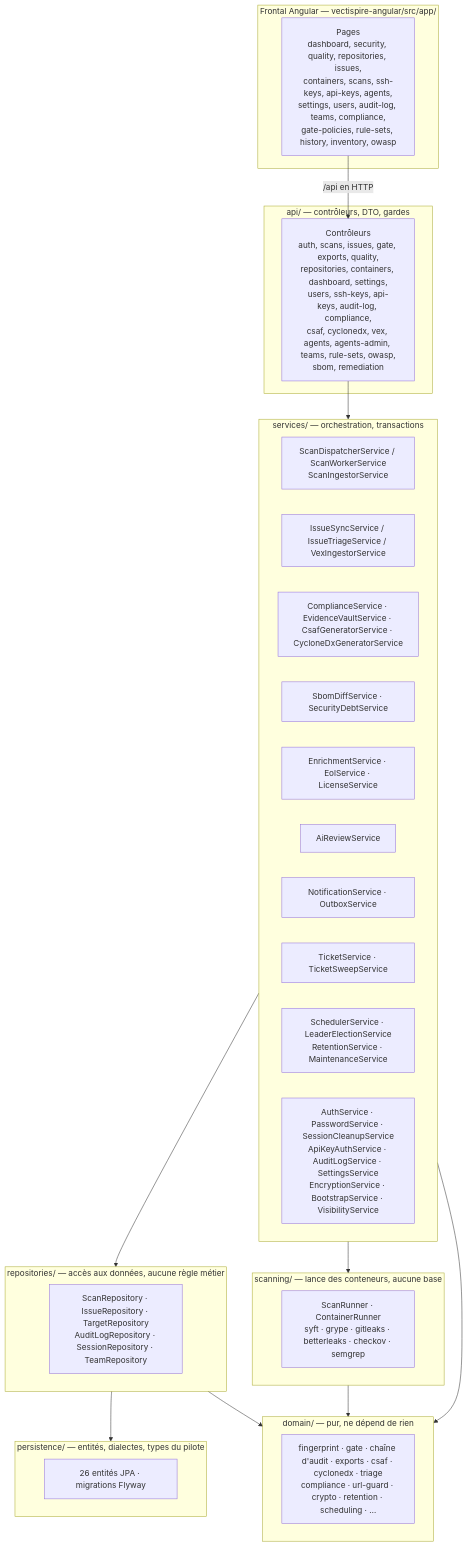
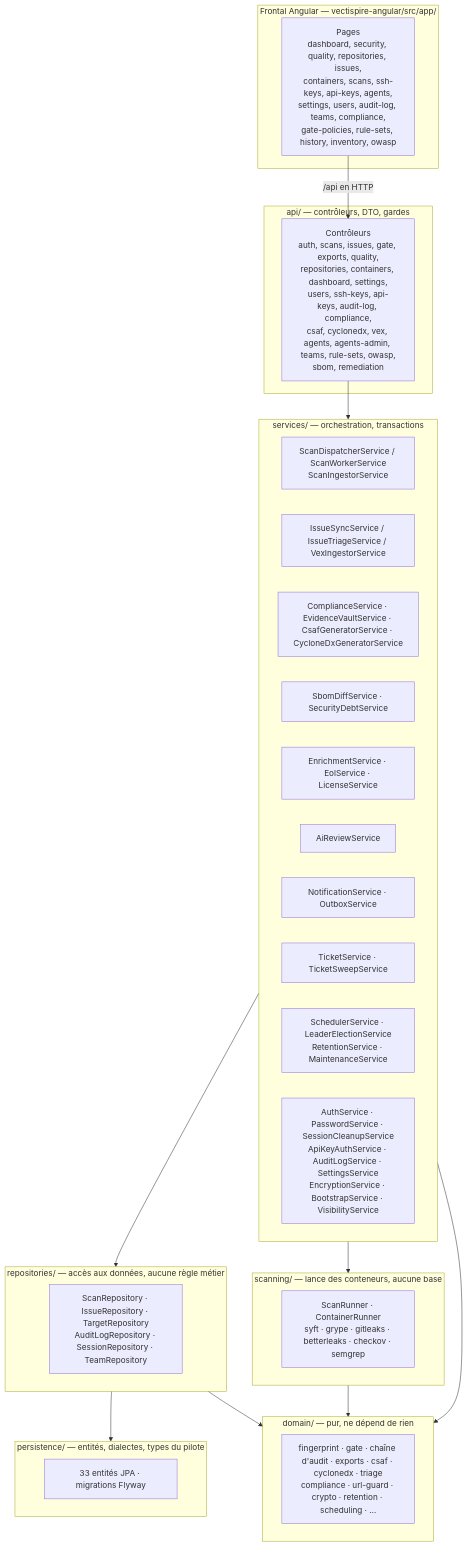
Before and after one commit to asmolabs/vectispire: the first of 3 diagrams in docs/fr/TECHNICAL_DOCUMENTATION.fr.md, drawn with Mermaid. The commit also changed 4 other files, not shown here.

````diff
--- a/docs/fr/TECHNICAL_DOCUMENTATION.fr.md
+++ b/docs/fr/TECHNICAL_DOCUMENTATION.fr.md
@@ -25,48 +25,48 @@
 ```mermaid
 flowchart TB
     subgraph front["Frontal Angular — vectispire-angular/src/app/"]
         Pages["Pages<br/>dashboard, security, quality, repositories, issues,<br/>containers, scans, ssh-keys, api-keys, agents,<br/>settings, users, audit-log, teams, compliance,<br/>gate-policies, rule-sets, history, inventory, owasp"]
     end
 
     subgraph api["api/ — contrôleurs, DTO, gardes"]
         Routes["Contrôleurs<br/>auth, scans, issues, gate, exports, quality,<br/>repositories, containers, dashboard, settings,<br/>users, ssh-keys, api-keys, audit-log, compliance,<br/>csaf, cyclonedx, vex, agents, agents-admin, teams, rule-sets, owasp,<br/>sbom, remediation"]
     end
 
     subgraph services["services/ — orchestration, transactions"]
         Scan["ScanDispatcherService / ScanWorkerService<br/>ScanIngestorService"]
         Issue["IssueSyncService / IssueTriageService / VexIngestorService"]
         Comp["ComplianceService · EvidenceVaultService · CsafGeneratorService · CycloneDxGeneratorService"]
         Remed["SbomDiffService · SecurityDebtService"]
         Enrich["EnrichmentService · EolService · LicenseService"]
         Ai["AiReviewService"]
         Notify["NotificationService · OutboxService"]
         Ticket["TicketService · TicketSweepService"]
         Ops["SchedulerService · LeaderElectionService<br/>RetentionService · MaintenanceService"]
         Auth["AuthService · PasswordService · SessionCleanupService<br/>ApiKeyAuthService · AuditLogService · SettingsService<br/>EncryptionService · BootstrapService · VisibilityService"]
     end
 
     subgraph repos["repositories/ — accès aux données, aucune règle métier"]
         R["ScanRepository · IssueRepository · TargetRepository<br/>AuditLogRepository · SessionRepository · TeamRepository"]
     end
 
     subgraph persistence["persistence/ — entités, dialectes, types du pilote"]
-        Ent["26 entités JPA · migrations Flyway"]
+        Ent["33 entités JPA · migrations Flyway"]
     end
 
     subgraph domain["domain/ — pur, ne dépend de rien"]
         D["fingerprint · gate · chaîne d'audit · exports · csaf · cyclonedx · triage<br/>compliance · url-guard · crypto · retention · scheduling · …"]
     end
 
     subgraph scanning["scanning/ — lance des conteneurs, aucune base"]
         S["ScanRunner · ContainerRunner<br/>syft · grype · gitleaks · betterleaks · checkov · semgrep"]
     end
 
     Pages -->|"/api en HTTP"| Routes
     Routes --> services
     services --> repos
     repos --> persistence
     services --> scanning
     services --> domain
     repos --> domain
     scanning --> domain
 ```
````
